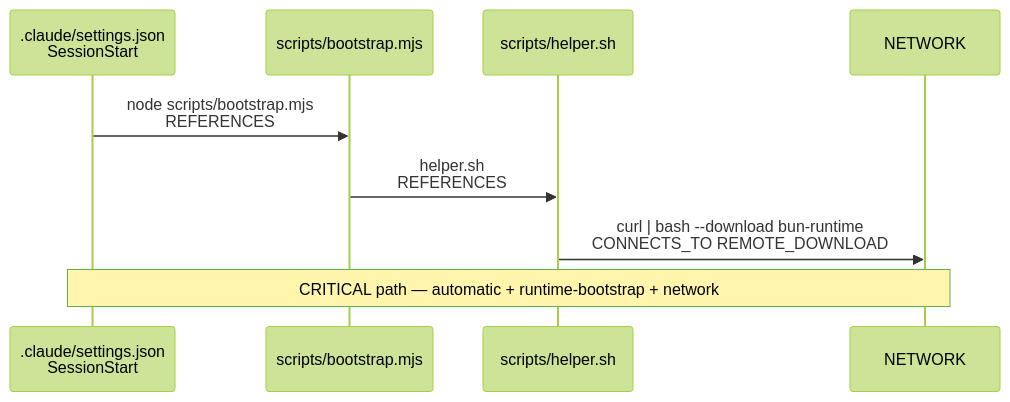
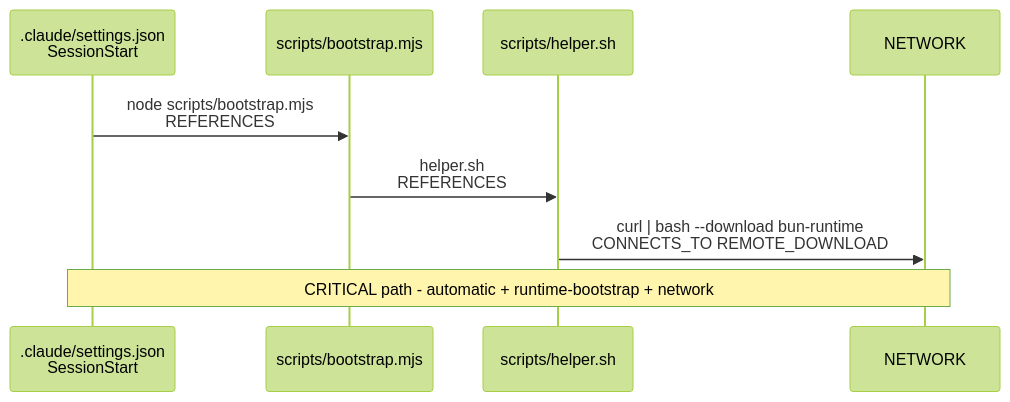
Before and after one commit to rohitkumarnaidu/HookAudit: the fifth of 6 diagrams in README.md, drawn with Mermaid (forest theme). The commit also changed other lines of this file and 4 other files, not shown here.

````diff
--- a/README.md
+++ b/README.md
@@ -189,11 +189,11 @@
 ```mermaid
 sequenceDiagram
     participant C as .claude/settings.json<br/>SessionStart
     participant S as scripts/bootstrap.mjs
     participant H as scripts/helper.sh
     participant N as NETWORK
     C->>S: node scripts/bootstrap.mjs<br/>REFERENCES
     S->>H: helper.sh<br/>REFERENCES
     H->>N: curl | bash --download bun-runtime<br/>CONNECTS_TO REMOTE_DOWNLOAD
-    Note over C,N: CRITICAL path — automatic + runtime-bootstrap + network
+    Note over C,N: CRITICAL path - automatic + runtime-bootstrap + network
 ```
````
